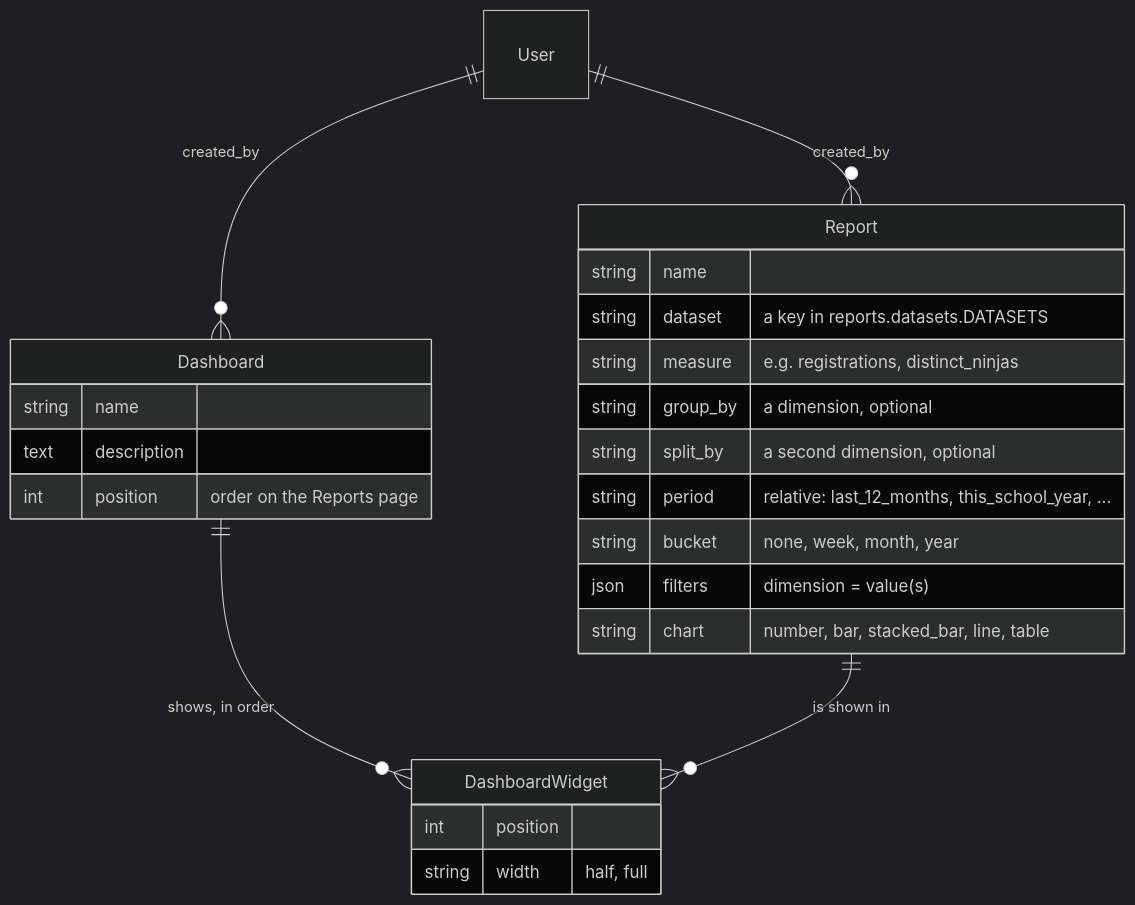
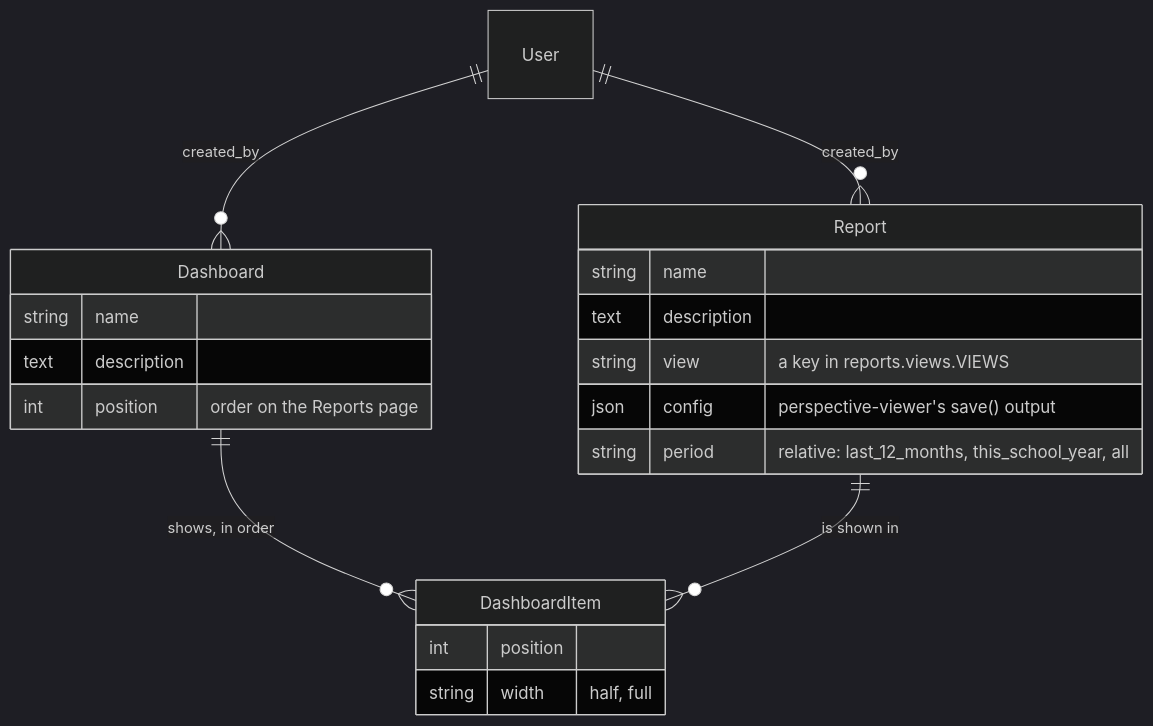
One commit to DoublG/coderdojo-event-registration changed the diagram in DATA_MODEL_REPORTS.md. Above: the diagram before and after it, drawn with Mermaid (dark theme). The commit also changed other lines of this file and 1 other file, not shown here.

First line of the commit message:
Plan §30: curated reporting views with an embedded Perspective builder

````diff
--- a/DATA_MODEL_REPORTS.md
+++ b/DATA_MODEL_REPORTS.md
@@ -62,27 +117,23 @@
 ```mermaid
 erDiagram
-    Dashboard ||--o{ DashboardWidget : "shows, in order"
-    Report ||--o{ DashboardWidget : "is shown in"
+    Dashboard ||--o{ DashboardItem : "shows, in order"
+    Report ||--o{ DashboardItem : "is shown in"
     User ||--o{ Report : "created_by"
     User ||--o{ Dashboard : "created_by"
     Report {
         string name
-        string dataset "a key in reports.datasets.DATASETS"
-        string measure "e.g. registrations, distinct_ninjas"
-        string group_by "a dimension, optional"
-        string split_by "a second dimension, optional"
-        string period "relative: last_12_months, this_school_year, ..."
-        string bucket "none, week, month, year"
-        json filters "dimension = value(s)"
-        string chart "number, bar, stacked_bar, line, table"
+        text description
+        string view "a key in reports.views.VIEWS"
+        json config "perspective-viewer's save() output"
+        string period "relative: last_12_months, this_school_year, all"
     }
     Dashboard {
         string name
         text description
         int position "order on the Reports page"
     }
-    DashboardWidget {
+    DashboardItem {
         int position
         string width "half, full"
     }
 ```
````
